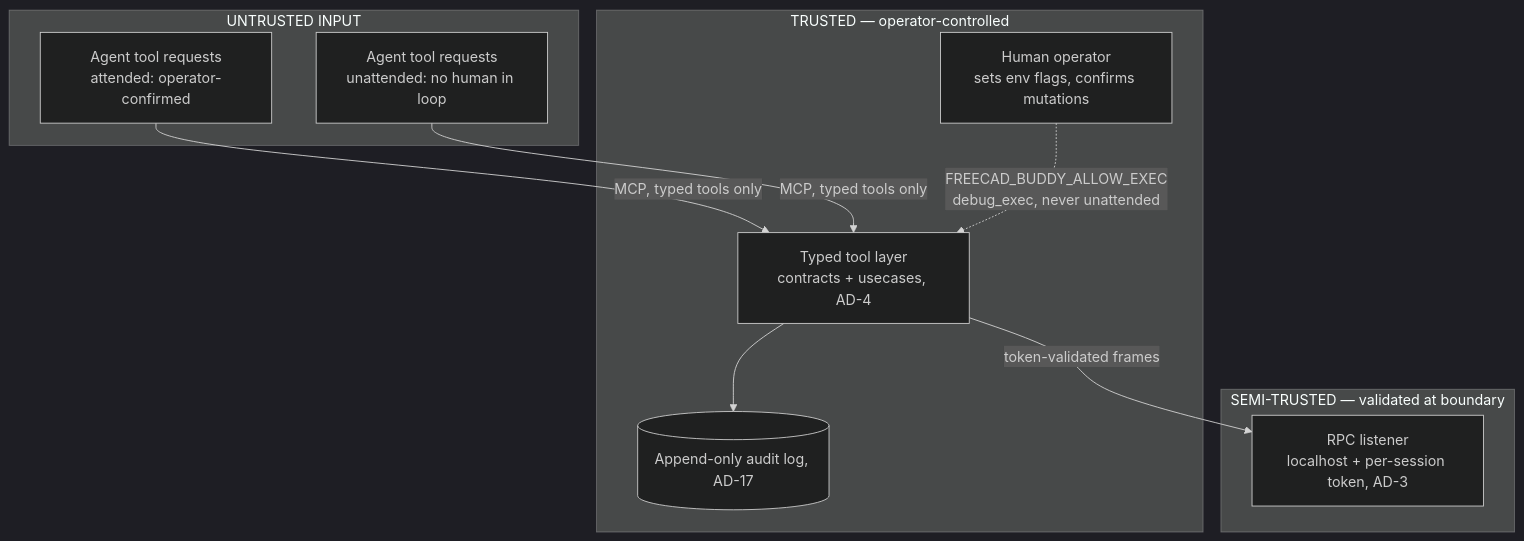
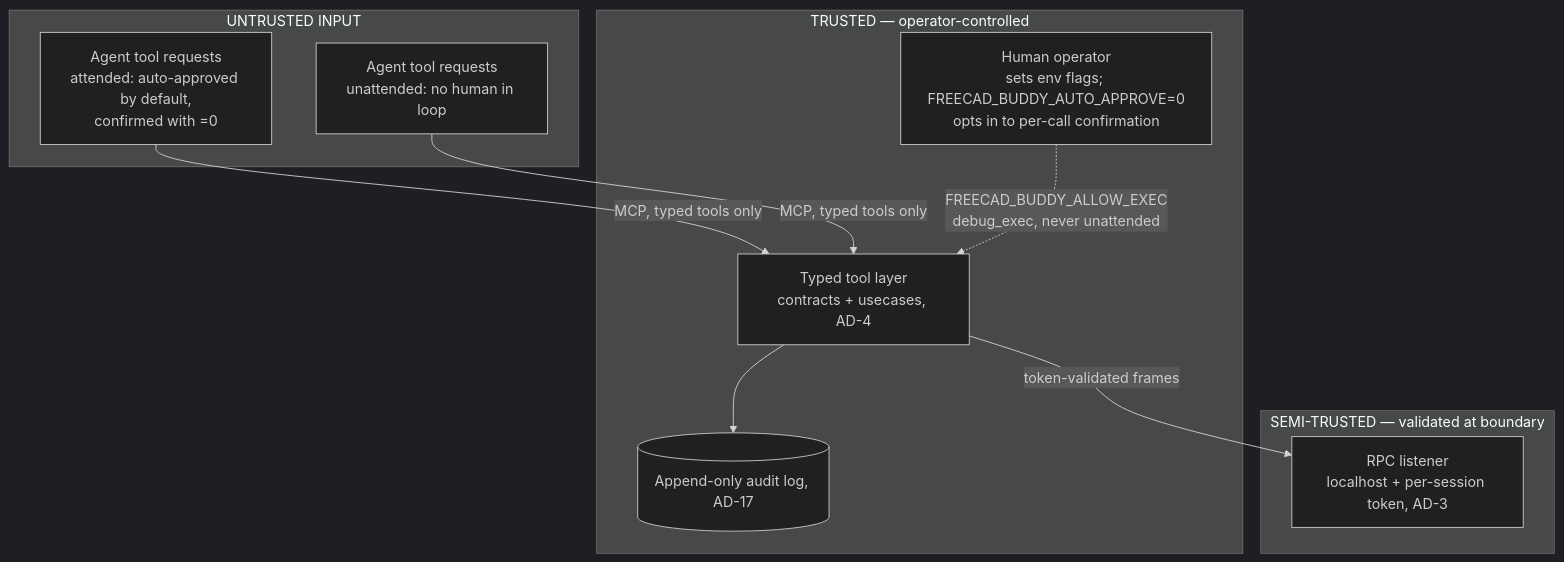
Before and after one commit to robotics-playground/freecad-buddy: the diagram in _bmad-output/planning-artifacts/architecture/architecture-freecad-buddy-2026-07-21/design/security-and-service-design.md, drawn with Mermaid (dark theme). The commit also changed other lines of this file and 45 other files, not shown here.

First line of the commit message:
feat(confirm)!: apply mutations in one call by default

````diff
--- a/_bmad-output/planning-artifacts/architecture/architecture-freecad-buddy-2026-07-21/design/security-and-service-design.md
+++ b/_bmad-output/planning-artifacts/architecture/architecture-freecad-buddy-2026-07-21/design/security-and-service-design.md
@@ -87,20 +87,20 @@
 ```mermaid
 graph TB
   subgraph trusted [TRUSTED — operator-controlled]
-    op[Human operator<br/>sets env flags, confirms mutations]
+    op[Human operator<br/>sets env flags; FREECAD_BUDDY_AUTO_APPROVE=0<br/>opts in to per-call confirmation]
     typed[Typed tool layer<br/>contracts + usecases, AD-4]
     audit[(Append-only audit log, AD-17)]
   end
   subgraph semitrusted [SEMI-TRUSTED — validated at boundary]
     rpc[RPC listener<br/>localhost + per-session token, AD-3]
   end
   subgraph untrusted [UNTRUSTED INPUT]
-    llm[Agent tool requests<br/>attended: operator-confirmed]
+    llm[Agent tool requests<br/>attended: auto-approved by default,<br/>confirmed with =0]
     unatt[Agent tool requests<br/>unattended: no human in loop]
   end
   llm -->|MCP, typed tools only| typed
   unatt -->|MCP, typed tools only| typed
   typed -->|token-validated frames| rpc
   typed --> audit
   op -.->|FREECAD_BUDDY_ALLOW_EXEC<br/>debug_exec, never unattended| typed
 ```
````
